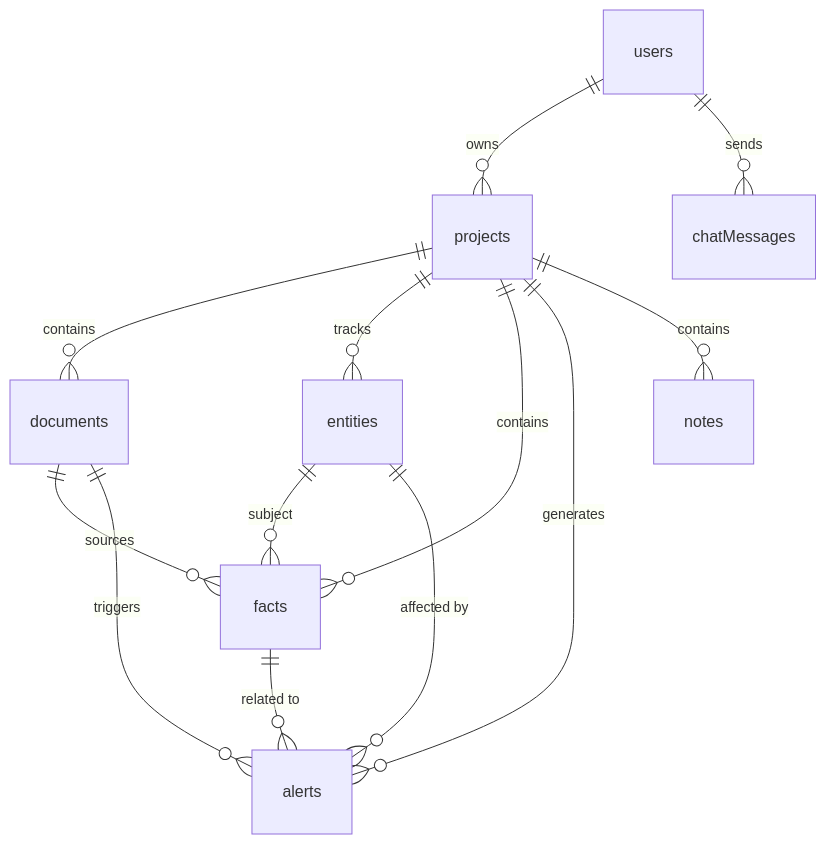
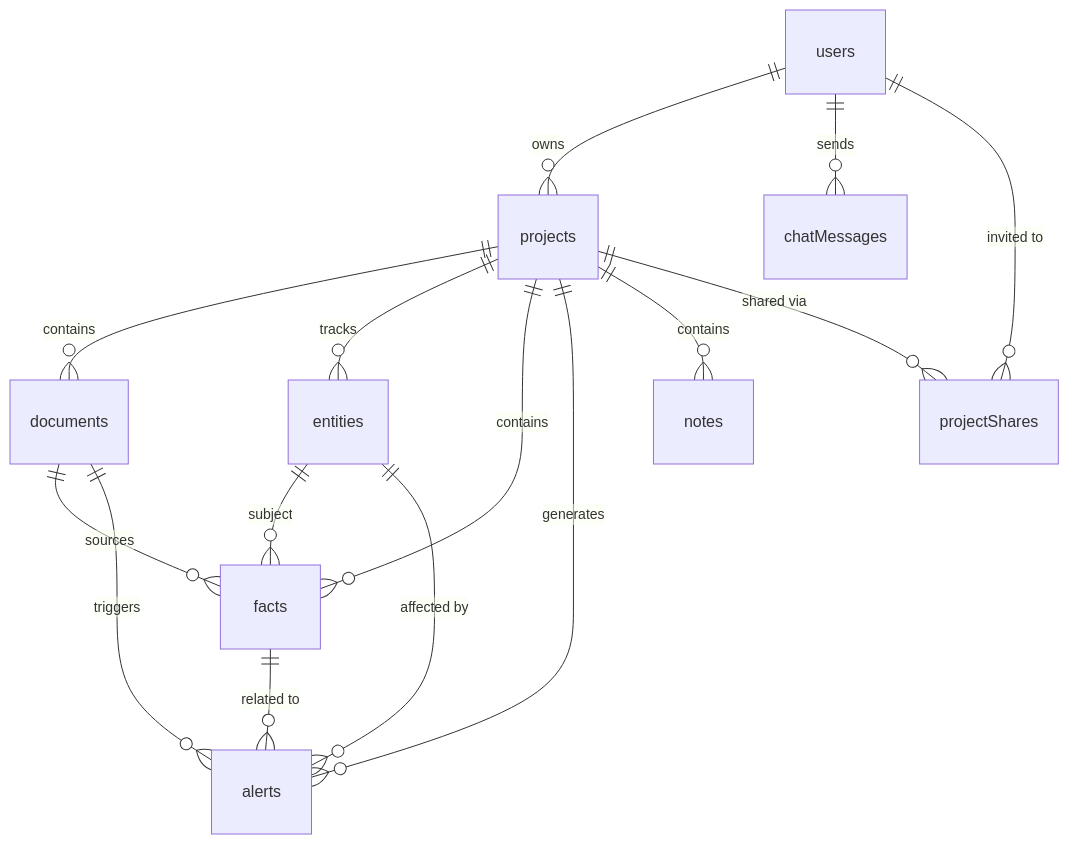
Before and after one commit to aileks/realm-sync: the diagram in docs/SCHEMA.md, drawn with Mermaid. The commit also changed other lines of this file and 16 other files, not shown here.

````diff
--- a/docs/SCHEMA.md
+++ b/docs/SCHEMA.md
@@ -24,15 +24,17 @@
 ```mermaid
 erDiagram
     users ||--o{ projects : owns
     users ||--o{ chatMessages : sends
+    users ||--o{ projectShares : "invited to"
     projects ||--o{ documents : contains
     projects ||--o{ entities : tracks
     projects ||--o{ facts : contains
     projects ||--o{ alerts : generates
     projects ||--o{ notes : contains
+    projects ||--o{ projectShares : "shared via"
     documents ||--o{ facts : sources
     documents ||--o{ alerts : triggers
     entities ||--o{ facts : subject
     entities ||--o{ alerts : "affected by"
     facts ||--o{ alerts : "related to"
 ```
````
